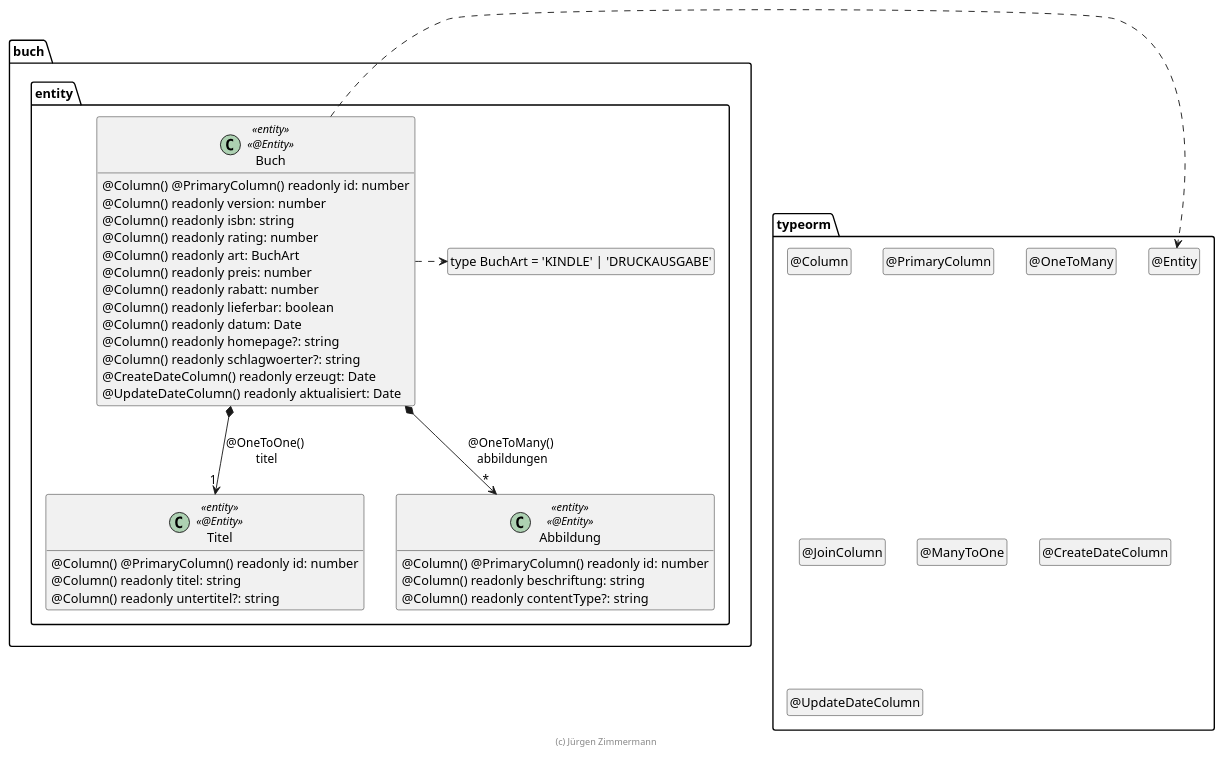
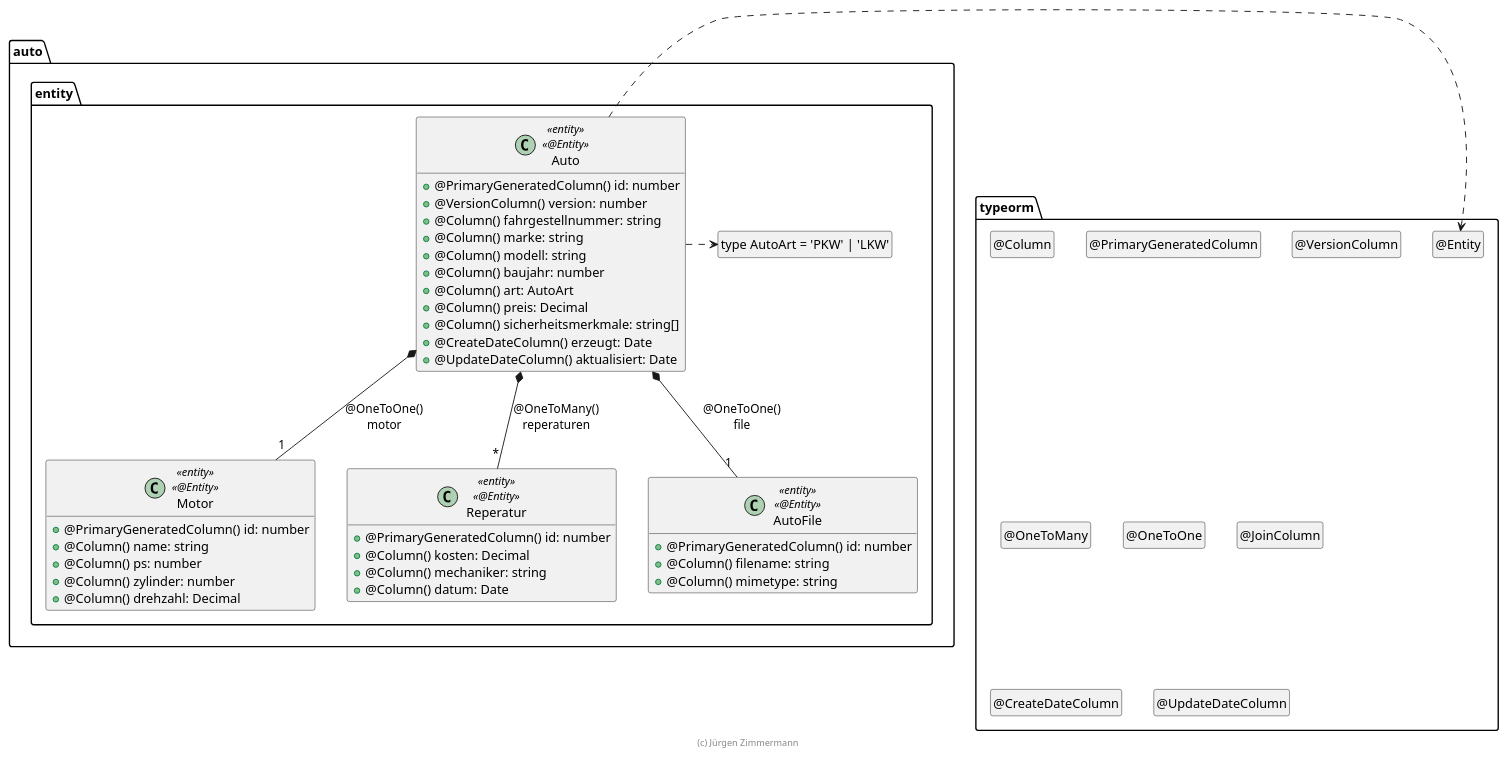
Before and after one commit to Philipp3857/auto-1: the diagram in .extras/doc/projekthandbuch/Buch.plantuml, drawn with PlantUML. The commit also changed other lines of this file and 13 other files, not shown here.

Commit message:
Plant-UML

```diff
--- a/.extras/doc/projekthandbuch/Buch.plantuml
+++ b/.extras/doc/projekthandbuch/Buch.plantuml
@@ -18,65 +1,75 @@
 @startuml Entity
 
 package typeorm {
   class "@Entity" as Entity
   hide Entity circle
   class "@Column" as Column
   hide Column circle
-  class "@PrimaryColumn" as PrimaryColumn
-  hide PrimaryColumn circle
+  class "@PrimaryGeneratedColumn" as PrimaryGeneratedColumn
+  hide PrimaryGeneratedColumn circle
+  class "@VersionColumn" as VersionColumn
+  hide VersionColumn circle
   class "@OneToMany" as OneToMany
   hide OneToMany circle
+  class "@OneToOne" as OneToOne
+  hide OneToOne circle
   class "@JoinColumn" as JoinColumn
   hide JoinColumn circle
-  class "@ManyToOne" as ManyToOne
-  hide ManyToOne circle
   class "@CreateDateColumn" as CreateDateColumn
   hide CreateDateColumn circle
   class "@UpdateDateColumn" as UpdateDateColumn
   hide UpdateDateColumn circle
 }
 
-package buch.entity {
-  class "type BuchArt = 'KINDLE' | 'DRUCKAUSGABE'" as BuchArt
-  hide BuchArt circle
+package auto.entity {
+  class "type AutoArt = 'PKW' | 'LKW'" as AutoArt
+  hide AutoArt circle
 
-  class Buch <<entity>> <<@Entity>> {
-    @Column() @PrimaryColumn() readonly id: number
-    @Column() readonly version: number
-    @Column() readonly isbn: string
-    @Column() readonly rating: number
-    @Column() readonly art: BuchArt
-    @Column() readonly preis: number
-    @Column() readonly rabatt: number
-    @Column() readonly lieferbar: boolean
-    @Column() readonly datum: Date
-    @Column() readonly homepage?: string
-    @Column() readonly schlagwoerter?: string
-    @CreateDateColumn() readonly erzeugt: Date
-    @UpdateDateColumn() readonly aktualisiert: Date
+  class Auto <<entity>> <<@Entity>> {
+    +@PrimaryGeneratedColumn() id: number
+    +@VersionColumn() version: number
+    +@Column() fahrgestellnummer: string
+    +@Column() marke: string
+    +@Column() modell: string
+    +@Column() baujahr: number
+    +@Column() art: AutoArt
+    +@Column() preis: Decimal
+    +@Column() sicherheitsmerkmale: string[]
+    +@CreateDateColumn() erzeugt: Date
+    +@UpdateDateColumn() aktualisiert: Date
   }
 
-  class Titel <<entity>> <<@Entity>> {
-    @Column() @PrimaryColumn() readonly id: number
-    @Column() readonly titel: string
-    @Column() readonly untertitel?: string
+  class Motor <<entity>> <<@Entity>> {
+    +@PrimaryGeneratedColumn() id: number
+    +@Column() name: string
+    +@Column() ps: number
+    +@Column() zylinder: number
+    +@Column() drehzahl: Decimal
   }
 
-  class Abbildung <<entity>> <<@Entity>> {
-    @Column() @PrimaryColumn() readonly id: number
-    @Column() readonly beschriftung: string
-    @Column() readonly contentType?: string
+  class Reperatur <<entity>> <<@Entity>> {
+    +@PrimaryGeneratedColumn() id: number
+    +@Column() kosten: Decimal
+    +@Column() mechaniker: string
+    +@Column() datum: Date
   }
 
-  Buch *--> "1" Titel : @OneToOne() \ntitel
-  Buch *--> "*" Abbildung : @OneToMany() \nabbildungen
+  class AutoFile <<entity>> <<@Entity>> {
+    +@PrimaryGeneratedColumn() id: number
+    +@Column() filename: string
+    +@Column() mimetype: string
+  }
 
-  Buch .right.> Entity
-  Buch .right.> BuchArt
+  Auto *-- "1" Motor : @OneToOne()\nmotor
+  Auto *-- "*" Reperatur : @OneToMany()\nreperaturen
+  Auto *-- "1" AutoFile : @OneToOne()\nfile
+
+  Auto .right.> Entity
+  Auto .right.> AutoArt
 }
 
 hide empty members
 
 footer (c) Jürgen Zimmermann
 
 @enduml
```
